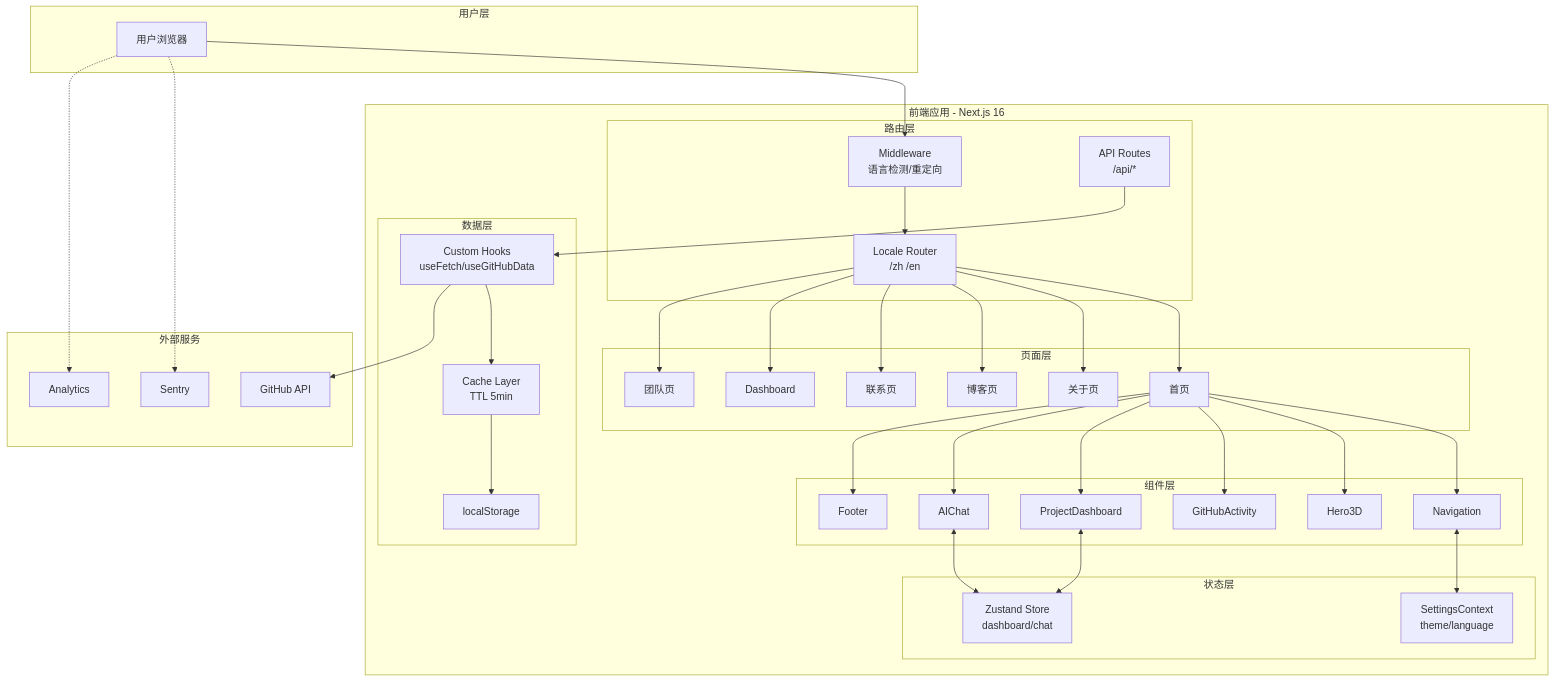
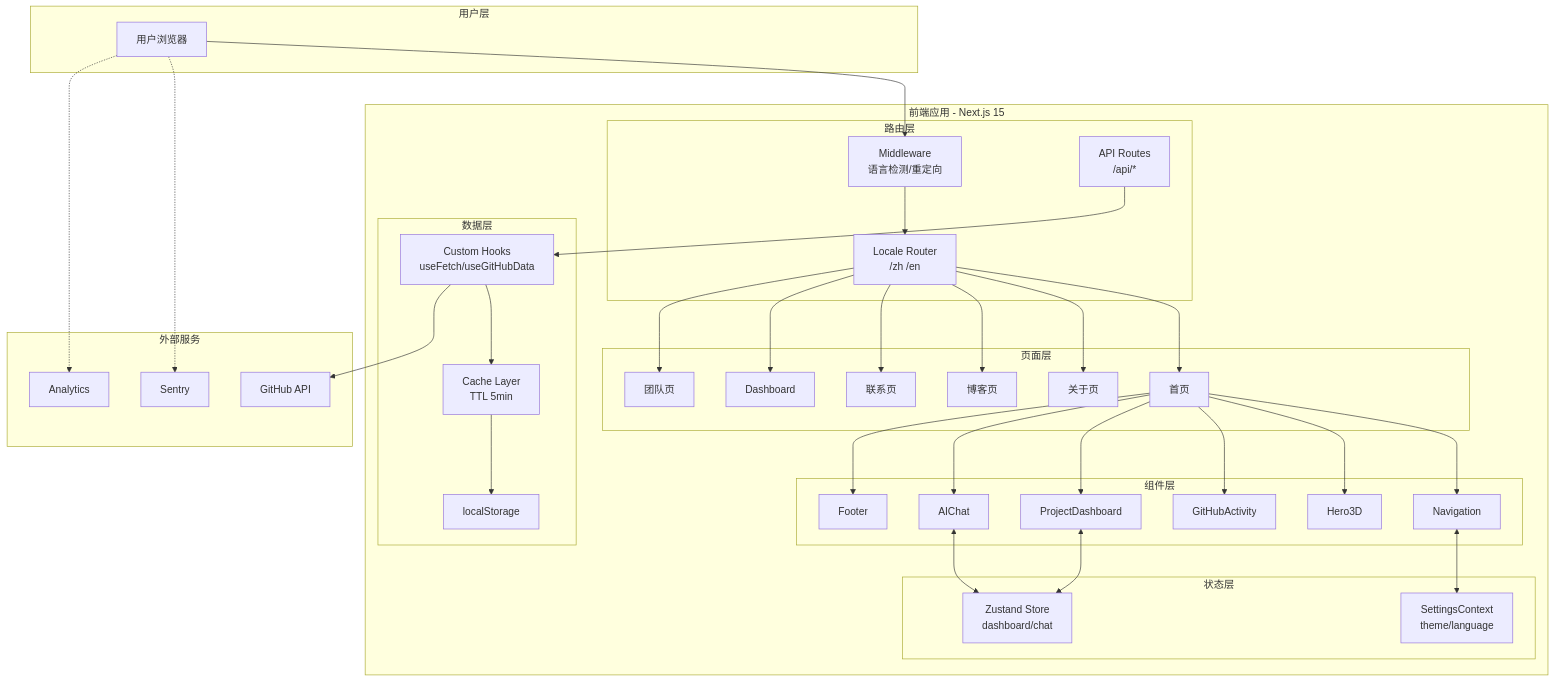
The first of 7 diagrams in docs/ARCHITECTURE_DIAGRAMS.md (songzuo/7zi), drawn with Mermaid before and after one commit. The commit also changed 892 other files, not shown here.

````diff
--- a/docs/ARCHITECTURE_DIAGRAMS.md
+++ b/docs/ARCHITECTURE_DIAGRAMS.md
@@ -5,66 +5,66 @@
 ```mermaid
 graph TB
     subgraph "用户层"
         U[用户浏览器]
     end
 
-    subgraph "前端应用 - Next.js 16"
+    subgraph "前端应用 - Next.js 15"
         subgraph "路由层"
             MW[Middleware<br/>语言检测/重定向]
             LR[Locale Router<br/>/zh /en]
             API[API Routes<br/>/api/*]
         end
 
         subgraph "页面层"
             HOME[首页]
             ABOUT[关于页]
             BLOG[博客页]
             CONTACT[联系页]
             DASH[Dashboard]
             TEAM[团队页]
         end
 
         subgraph "组件层"
             NAV[Navigation]
             HERO[Hero3D]
             GH[GitHubActivity]
             PD[ProjectDashboard]
             AI[AIChat]
             FOOTER[Footer]
         end
 
         subgraph "状态层"
             CTX[SettingsContext<br/>theme/language]
             ZUST[Zustand Store<br/>dashboard/chat]
         end
 
         subgraph "数据层"
             HOOKS[Custom Hooks<br/>useFetch/useGitHubData]
             CACHE[Cache Layer<br/>TTL 5min]
             LS[localStorage]
         end
     end
 
     subgraph "外部服务"
         GHAPI[GitHub API]
         SENTRY[Sentry]
         ANALYTICS[Analytics]
     end
 
     U --> MW
     MW --> LR
     LR --> HOME & ABOUT & BLOG & CONTACT & DASH & TEAM
     API --> HOOKS
 
     HOME --> NAV & HERO & GH & PD & AI & FOOTER
     NAV <--> CTX
     AI <--> ZUST
     PD <--> ZUST
 
     HOOKS --> CACHE
     HOOKS --> GHAPI
     CACHE --> LS
 
     U -.-> SENTRY
     U -.-> ANALYTICS
 ```
````
